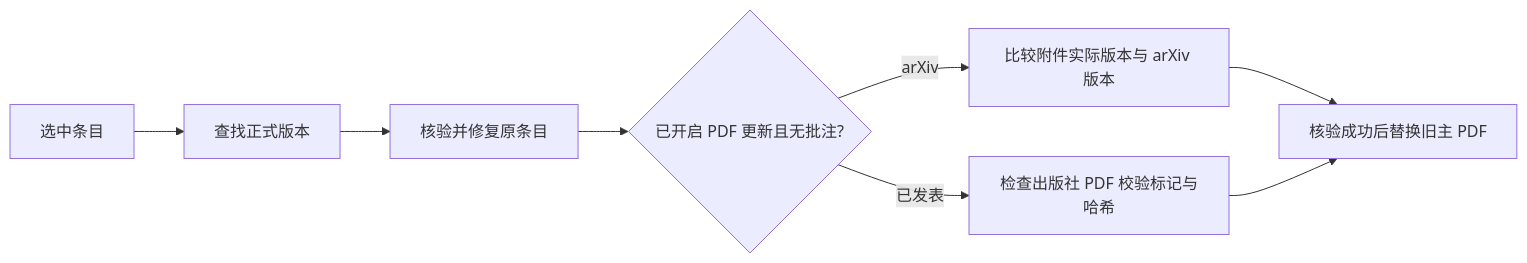
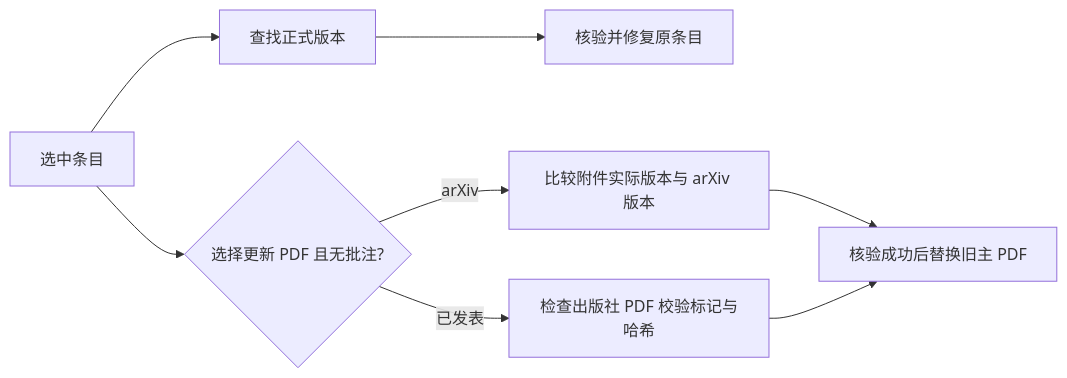
One commit to lzcn/zotero-metadata-fixer changed the diagram in README.zh-CN.md. Above: the diagram before and after it, drawn with Mermaid. The commit also changed other lines of this file and 10 other files, not shown here.

````diff
--- a/README.zh-CN.md
+++ b/README.zh-CN.md
@@ -42,10 +46,10 @@
 ```mermaid
 flowchart LR
   A[选中条目] --> B[查找正式版本]
   B --> C[核验并修复原条目]
-  C --> D{已开启 PDF 更新且无批注?}
+  A --> D{选择更新 PDF 且无批注?}
   D -->|arXiv| E[比较附件实际版本与 arXiv 版本]
   D -->|已发表| F[检查出版社 PDF 校验标记与哈希]
   E --> G[核验成功后替换旧主 PDF]
   F --> G
 ```
````
